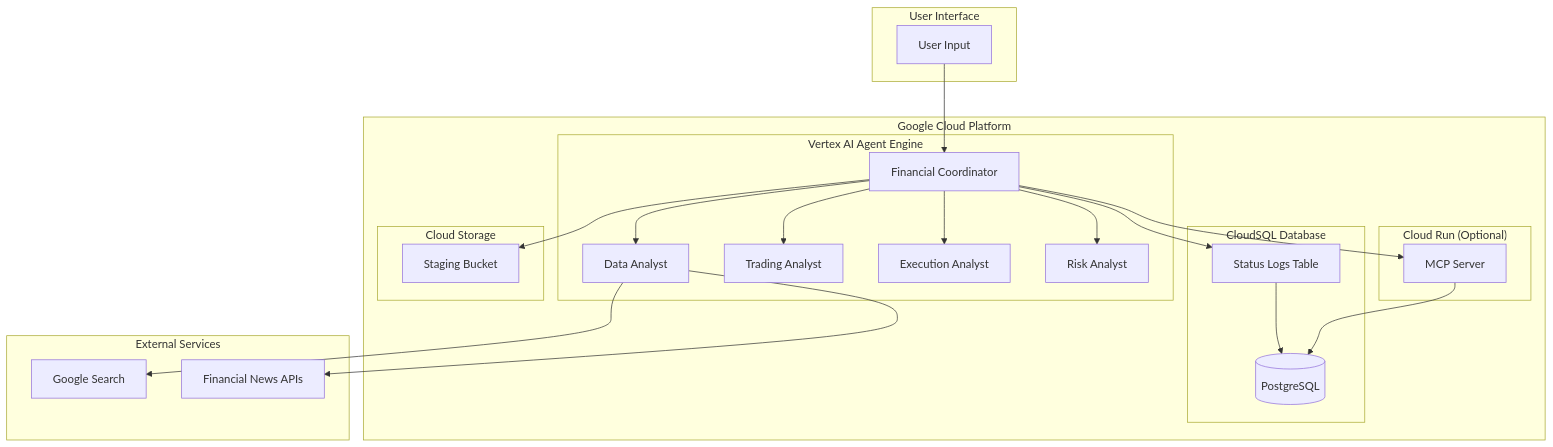
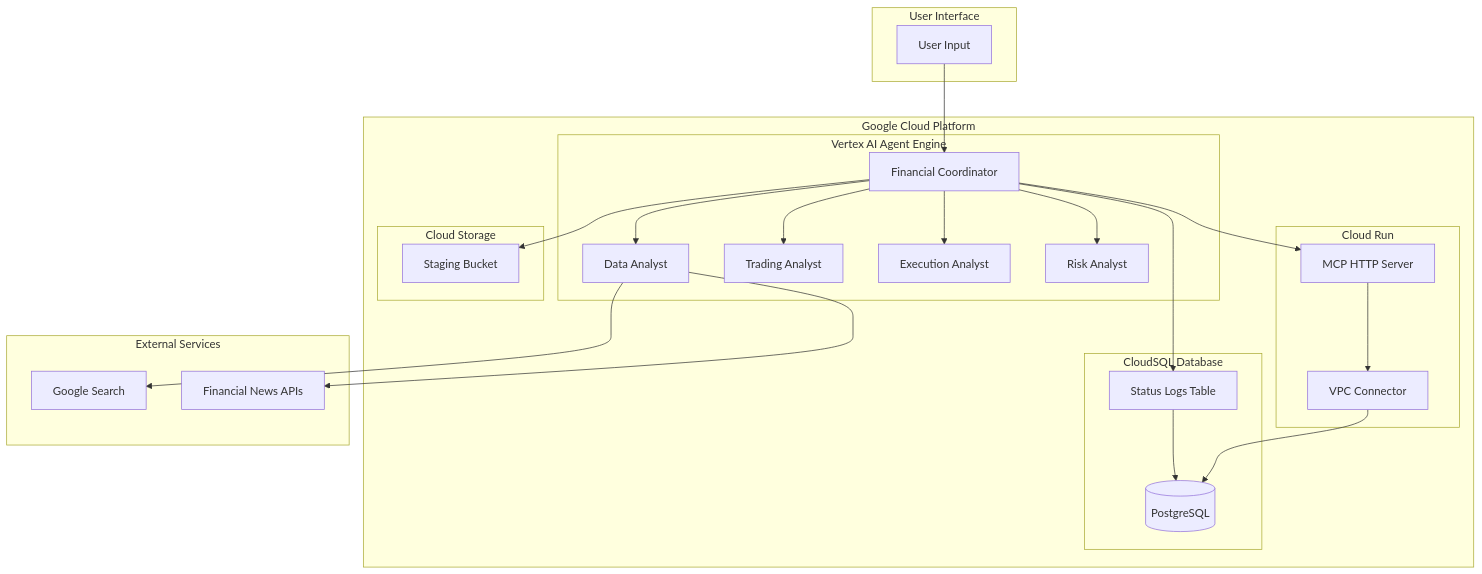
The first of 3 diagrams in doc/architecture.md (a-bailey-innovation/fin-advisor), drawn with Mermaid before and after one commit. The commit also changed other lines of this file and 44 other files, not shown here.

````diff
--- a/doc/architecture.md
+++ b/doc/architecture.md
@@ -9,47 +9,49 @@
 ```mermaid
 graph TB
     subgraph "User Interface"
         UI[User Input]
     end
     
     subgraph "Google Cloud Platform"
         subgraph "Vertex AI Agent Engine"
             FC[Financial Coordinator]
             DA[Data Analyst]
             TA[Trading Analyst]
             EA[Execution Analyst]
             RA[Risk Analyst]
         end
         
         subgraph "CloudSQL Database"
             DB[(PostgreSQL)]
             SL[Status Logs Table]
         end
         
-        subgraph "Cloud Run (Optional)"
-            MCP[MCP Server]
+        subgraph "Cloud Run"
+            MCP[MCP HTTP Server]
+            VPC[VPC Connector]
         end
         
         subgraph "Cloud Storage"
             BUCKET[Staging Bucket]
         end
     end
     
     subgraph "External Services"
         GS[Google Search]
         NEWS[Financial News APIs]
     end
     
     UI --> FC
     FC --> DA
     FC --> TA
     FC --> EA
     FC --> RA
     FC --> SL
     DA --> GS
     DA --> NEWS
     FC --> MCP
-    MCP --> DB
+    MCP --> VPC
+    VPC --> DB
     SL --> DB
     FC --> BUCKET
 ```
````
